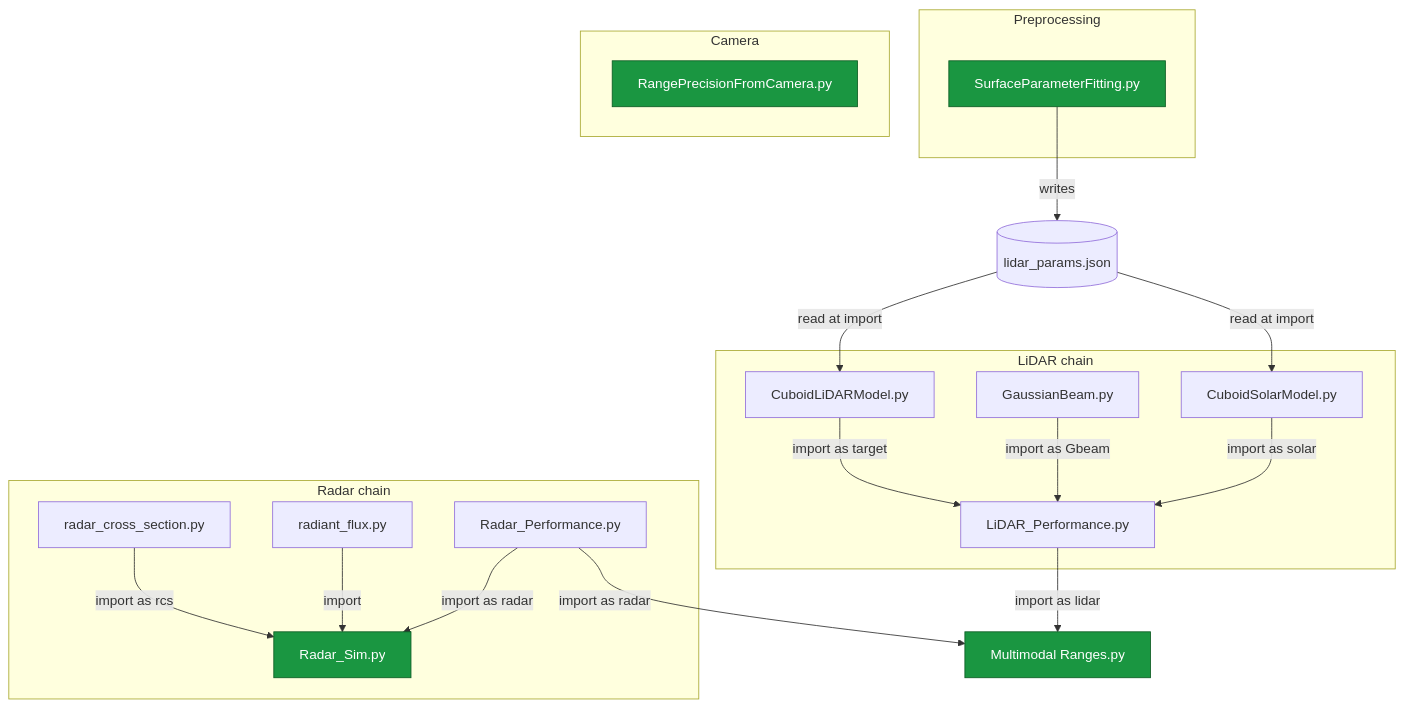
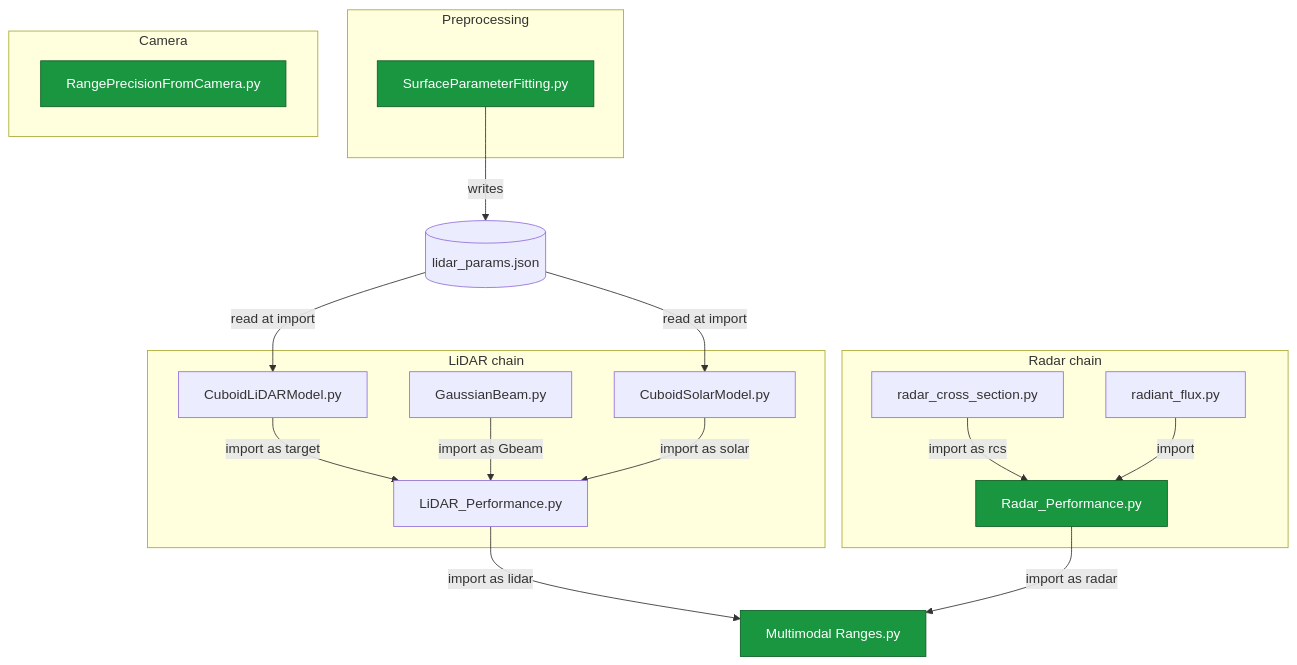
One commit to J-H-Sims/SenseAndEffect changed the diagram in ARCHITECTURE.md. Above: the diagram before and after it, drawn with Mermaid. The commit also changed other lines of this file and 6 other files, not shown here.

````diff
--- a/ARCHITECTURE.md
+++ b/ARCHITECTURE.md
@@ -7,41 +7,39 @@
 ```mermaid
 flowchart TB
     subgraph prep[Preprocessing]
         SPF[SurfaceParameterFitting.py]
     end
     JSON[(lidar_params.json)]
     SPF -- writes --> JSON
 
     subgraph lidar[LiDAR chain]
         GB[GaussianBeam.py]
         CLM[CuboidLiDARModel.py]
         CSM[CuboidSolarModel.py]
         LP[LiDAR_Performance.py]
     end
     JSON -- read at import --> CLM
     JSON -- read at import --> CSM
     CLM -- import as target --> LP
     GB  -- import as Gbeam  --> LP
     CSM -- import as solar  --> LP
 
     subgraph radar[Radar chain]
         RCS[radar_cross_section.py]
         RF[radiant_flux.py]
         RP[Radar_Performance.py]
-        RSim[Radar_Sim.py]
     end
-    RCS -- import as rcs --> RSim
-    RF  -- import        --> RSim
-    RP  -- import as radar --> RSim
+    RCS -- import as rcs --> RP
+    RF  -- import        --> RP
 
     subgraph camera[Camera]
         RPC[RangePrecisionFromCamera.py]
     end
 
     MMR[Multimodal Ranges.py]
     LP -- import as lidar --> MMR
     RP -- import as radar --> MMR
 
     classDef entry fill:#1a9641,color:#fff,stroke:#0d5d24;
-    class MMR,RSim,RPC,SPF entry;
+    class MMR,RP,RPC,SPF entry;
 ```
````
